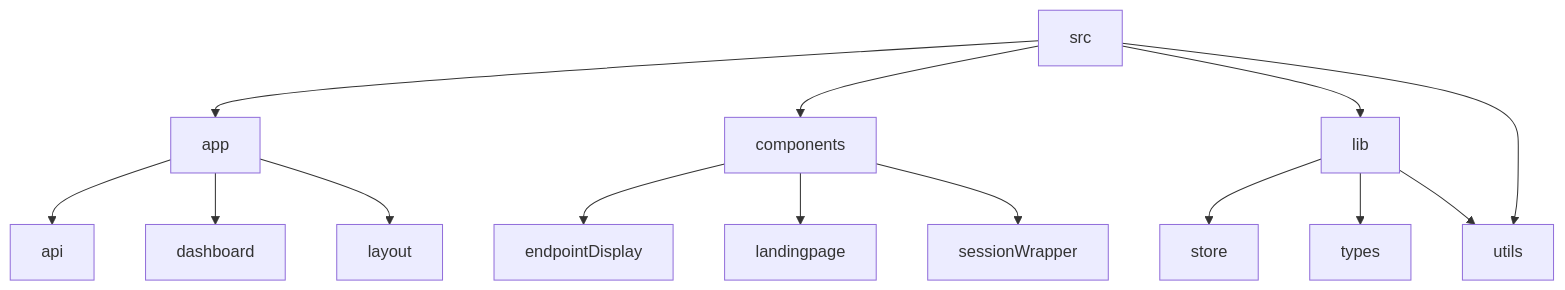
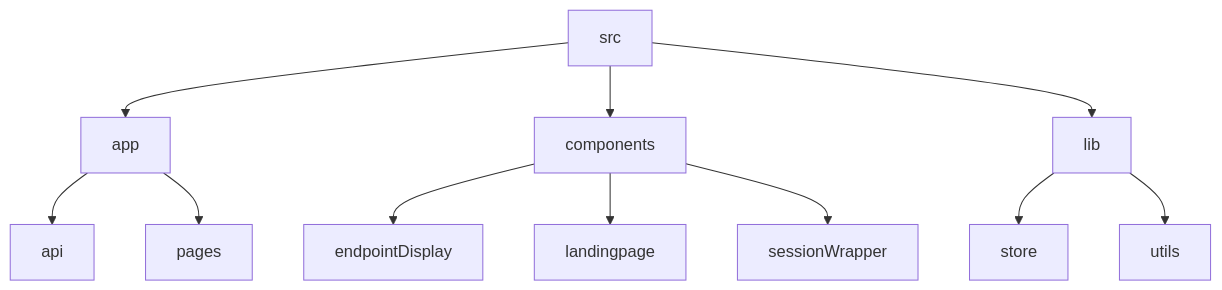
One commit to abhraneeldhar7/no-sleep-app changed the diagram in README.md. Above: the diagram before and after it, drawn with Mermaid. The commit also changed other lines of this file, not shown here.

````diff
--- a/README.md
+++ b/README.md
@@ -24,16 +31,13 @@
 ```mermaid
 graph TD;
-src-->app;
-src-->components;
-src-->lib;
-src-->utils;
-app-->api;
-app-->dashboard;
-app-->layout;
-components-->endpointDisplay;
-components-->landingpage;
-components-->sessionWrapper;
-lib-->store;
-lib-->types;
-lib-->utils;
+  src-->app;
+  src-->components;
+  src-->lib;
+  app-->api;
+  app-->pages;
+  components-->endpointDisplay;
+  components-->landingpage;
+  components-->sessionWrapper;
+  lib-->store;
+  lib-->utils;
 ```
````
